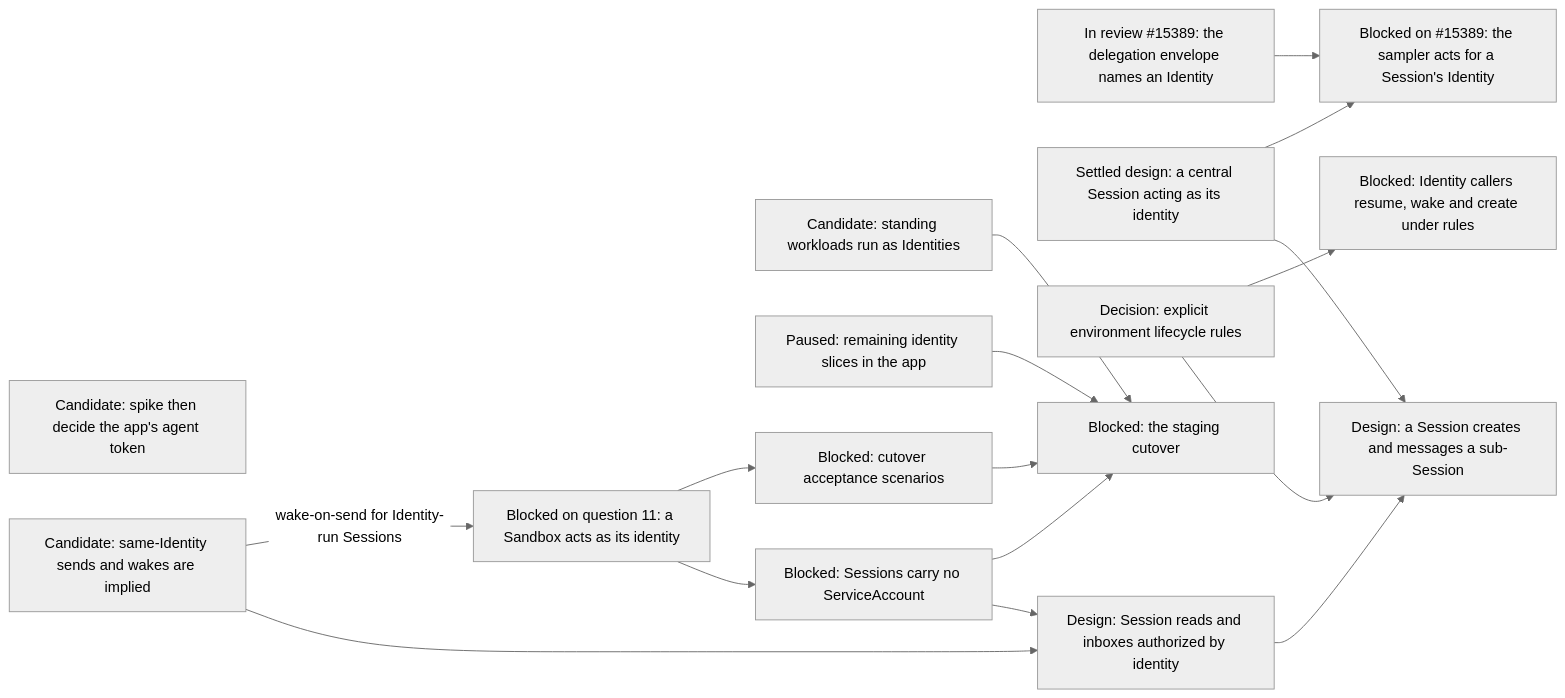
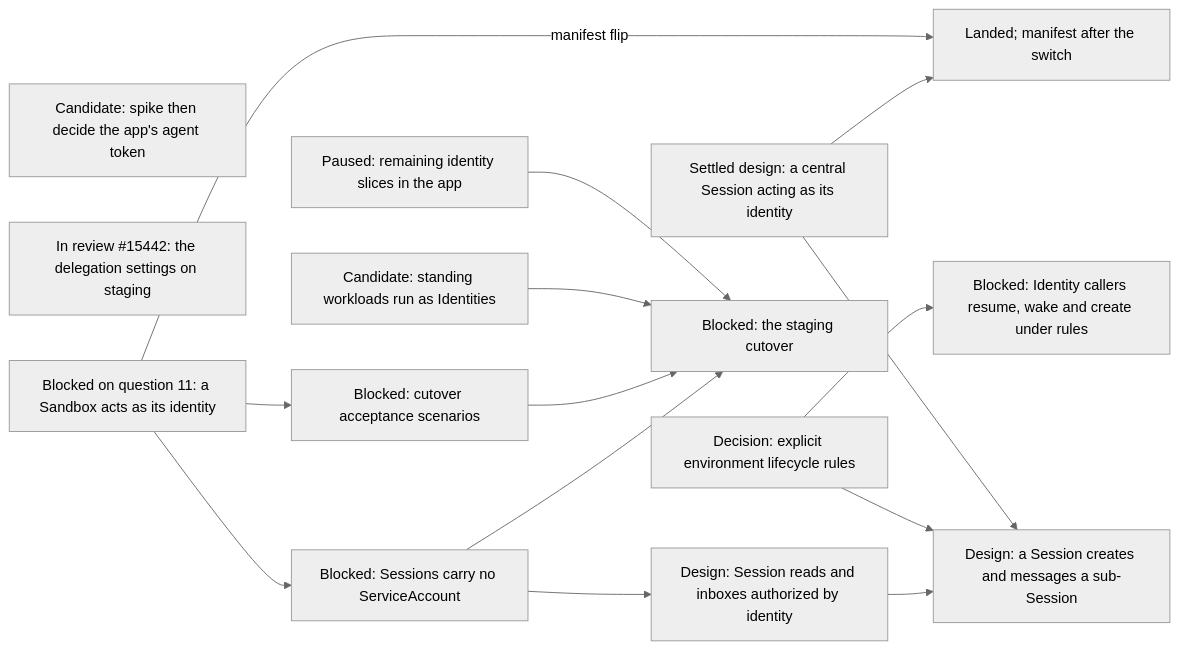
Diagram 17 of 19 in agentplane/plans/task_dag.md (agentydragon/ducktape), drawn with Mermaid (neutral theme) before and after one commit. The commit also changed other lines of this file and 1 other file, not shown here.

First line of the commit message:
agentplane/plans: 2026-11-10 status: messaging, delegated acting and three app slices landed; standing workloads and manifests in review

````diff
--- a/agentplane/plans/task_dag.md
+++ b/agentplane/plans/task_dag.md
@@ -3099,30 +3125,27 @@
 ```mermaid
 flowchart LR
     APP_AGENT_TOKEN_DECISION[Candidate: spike then decide the app's agent token]
-    SERVICES_IDENTITY_PRINCIPAL[In review #15389: the delegation envelope names an Identity]
+    SERVICES_IDENTITY_PRINCIPAL[In review #15442: the delegation settings on staging]
     CENTRAL_SESSION_ACTING_DESIGN[Settled design: a central Session acting as its identity]
-    CENTRAL_SESSION_DELEGATED_ACTING[Blocked on #15389: the sampler acts for a Session's Identity]
-    SERVICES_IDENTITY_PRINCIPAL --> CENTRAL_SESSION_DELEGATED_ACTING
+    CENTRAL_SESSION_DELEGATED_ACTING[Landed; manifest after the switch]
     CENTRAL_SESSION_ACTING_DESIGN --> CENTRAL_SESSION_DELEGATED_ACTING
+    SANDBOX_IDENTITY_SPEC -->|manifest flip| CENTRAL_SESSION_DELEGATED_ACTING
     STANDING_WORKLOAD_IDENTITY[Candidate: standing workloads run as Identities]
-    SESSION_IDENTITY_MESSAGING[Candidate: same-Identity sends and wakes are implied]
     ENVIRONMENT_RULE_TYPE_DESIGN[Decision: explicit environment lifecycle rules]
     ENVIRONMENT_LIFECYCLE_RULES[Blocked: Identity callers resume, wake and create under rules]
     ENVIRONMENT_RULE_TYPE_DESIGN --> ENVIRONMENT_LIFECYCLE_RULES
     APP_IDENTITIES_UI[Paused: remaining identity slices in the app]
     SANDBOX_IDENTITY_SPEC[Blocked on question 11: a Sandbox acts as its identity]
-    SESSION_IDENTITY_MESSAGING -->|wake-on-send for Identity-run Sessions| SANDBOX_IDENTITY_SPEC
     SANDBOX_IDENTITY_SPEC --> IDENTITY_SYSTEM_TESTS[Blocked: cutover acceptance scenarios]
     SANDBOX_IDENTITY_SPEC --> SESSION_SA_PRINCIPAL_REMOVAL[Blocked: Sessions carry no ServiceAccount]
     SESSION_SA_PRINCIPAL_REMOVAL --> IDENTITY_CUTOVER
     SESSION_SA_PRINCIPAL_REMOVAL --> SESSION_IDENTITY_AUTHZ
     SESSION_SUBAGENT_DELEGATION[Design: a Session creates and messages a sub-Session]
     SESSION_IDENTITY_AUTHZ --> SESSION_SUBAGENT_DELEGATION
     ENVIRONMENT_RULE_TYPE_DESIGN --> SESSION_SUBAGENT_DELEGATION
     CENTRAL_SESSION_ACTING_DESIGN --> SESSION_SUBAGENT_DELEGATION
     IDENTITY_SYSTEM_TESTS --> IDENTITY_CUTOVER[Blocked: the staging cutover]
     STANDING_WORKLOAD_IDENTITY --> IDENTITY_CUTOVER
     APP_IDENTITIES_UI --> IDENTITY_CUTOVER
     SESSION_IDENTITY_AUTHZ[Design: Session reads and inboxes authorized by identity]
-    SESSION_IDENTITY_MESSAGING --> SESSION_IDENTITY_AUTHZ
 ```
````
